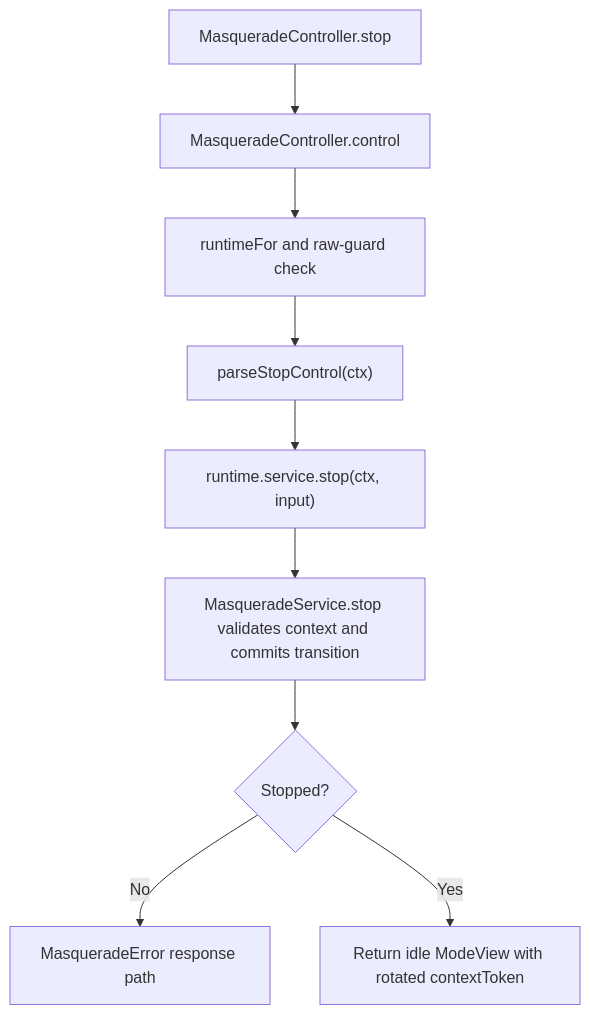
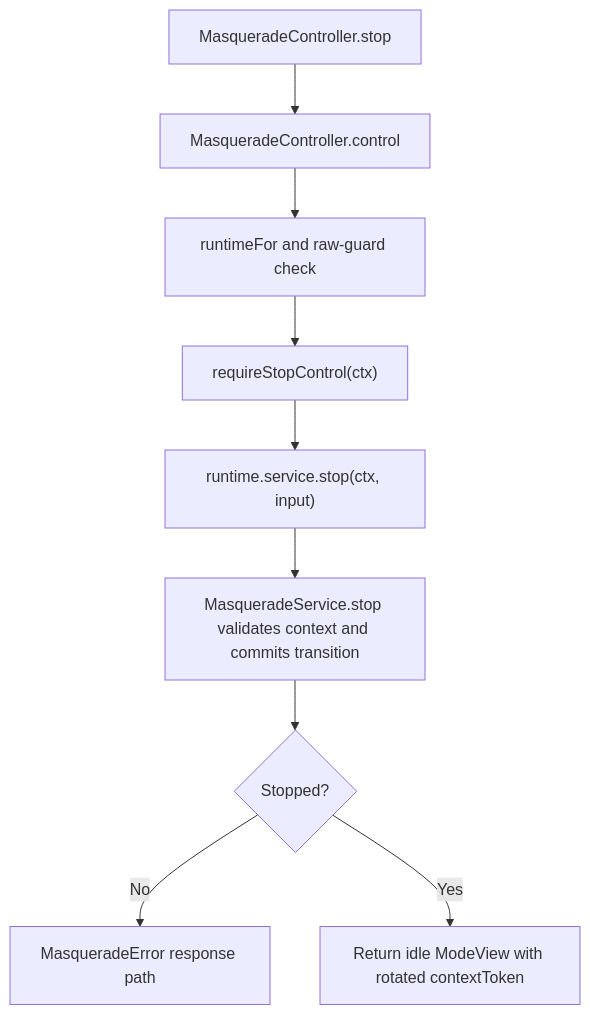
Before and after one commit to Kevinjohn/oss-adonisjs-masquerade: the second of 2 diagrams in user-stories/start-stop-mode/us-actor-04-stop-mode.md, drawn with Mermaid. The commit also changed other lines of this file and 55 other files, not shown here.

````diff
--- a/user-stories/start-stop-mode/us-actor-04-stop-mode.md
+++ b/user-stories/start-stop-mode/us-actor-04-stop-mode.md
@@ -39,11 +39,11 @@
 ```mermaid
 flowchart TD
     A["MasqueradeController.stop"] --> B["MasqueradeController.control"]
     B --> C["runtimeFor and raw-guard check"]
-    C --> D["parseStopControl(ctx)"]
+    C --> D["requireStopControl(ctx)"]
     D --> E["runtime.service.stop(ctx, input)"]
     E --> F["MasqueradeService.stop validates context and commits transition"]
     F --> G{"Stopped?"}
     G -->|No| H["MasqueradeError response path"]
     G -->|Yes| I["Return idle ModeView with rotated contextToken"]
 ```
````
